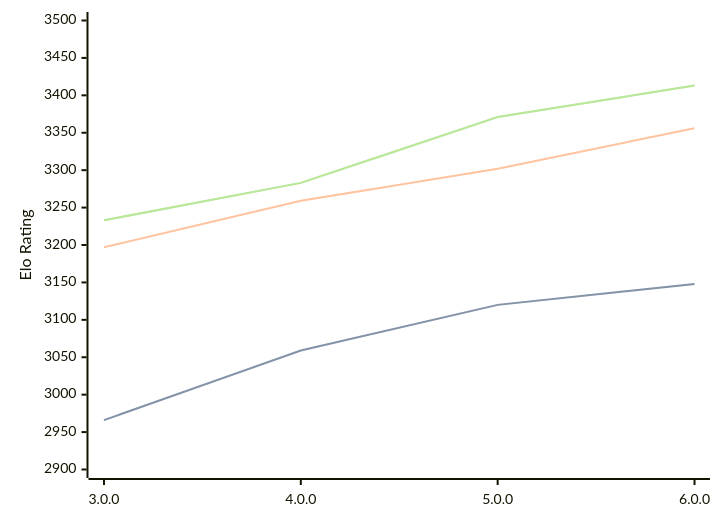
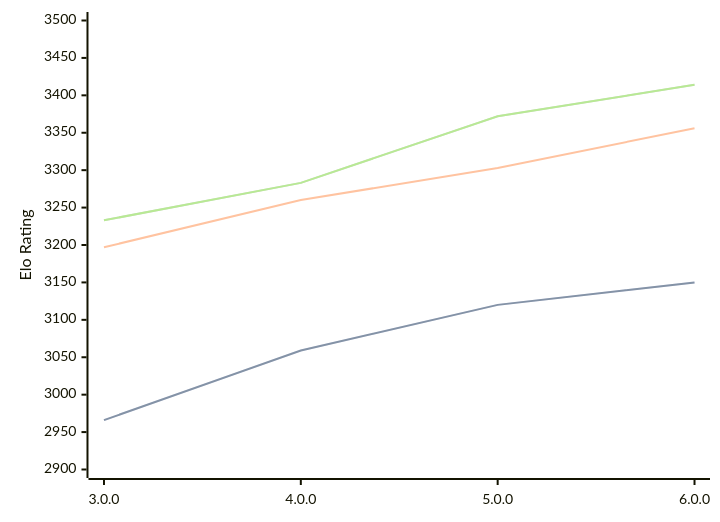
Before and after one commit to computer-chess-index/cci: the first of 3 diagrams in engines/Minke.md, drawn with Mermaid. The commit also changed other lines of this file, not shown here.

Commit message:
Update CCI Ratings (ELO VLTC) - 2026-06-24

````diff
--- a/engines/Minke.md
+++ b/engines/Minke.md
@@ -36,11 +36,11 @@
 ```mermaid
 %%{init: {"theme":"base","themeVariables":{"seriesColors:['#a3a3a3','#222221','#faa371']}}}%%
 xychart-beta
   x-axis ["3.0.0", "4.0.0", "5.0.0", "6.0.0"]
   y-axis "Elo Rating" 2900 --> 3500
-  line "STC (8.0+0.08s)" [2966, 3059, 3120, 3148]
-  line "STC (8.0+0.08s)" [2966, 3059, 3120, 3148]
-  line "LTC (60.0+0.60s)" [3197, 3259, 3302, 3356]
-  line "VLTC (2m24s+1.12s)" [3233, 3283, 3371, 3413]
-  line "VLTC (2m24s+1.12s)" [3233, 3283, 3371, 3413]
+  line "STC (8.0+0.08s)" [2966, 3059, 3120, 3150]
+  line "STC (8.0+0.08s)" [2966, 3059, 3120, 3150]
+  line "LTC (60.0+0.60s)" [3197, 3260, 3303, 3356]
+  line "VLTC (2m24s+1.12s)" [3233, 3283, 3372, 3414]
+  line "VLTC (2m24s+1.12s)" [3233, 3283, 3372, 3414]
 ```
````
